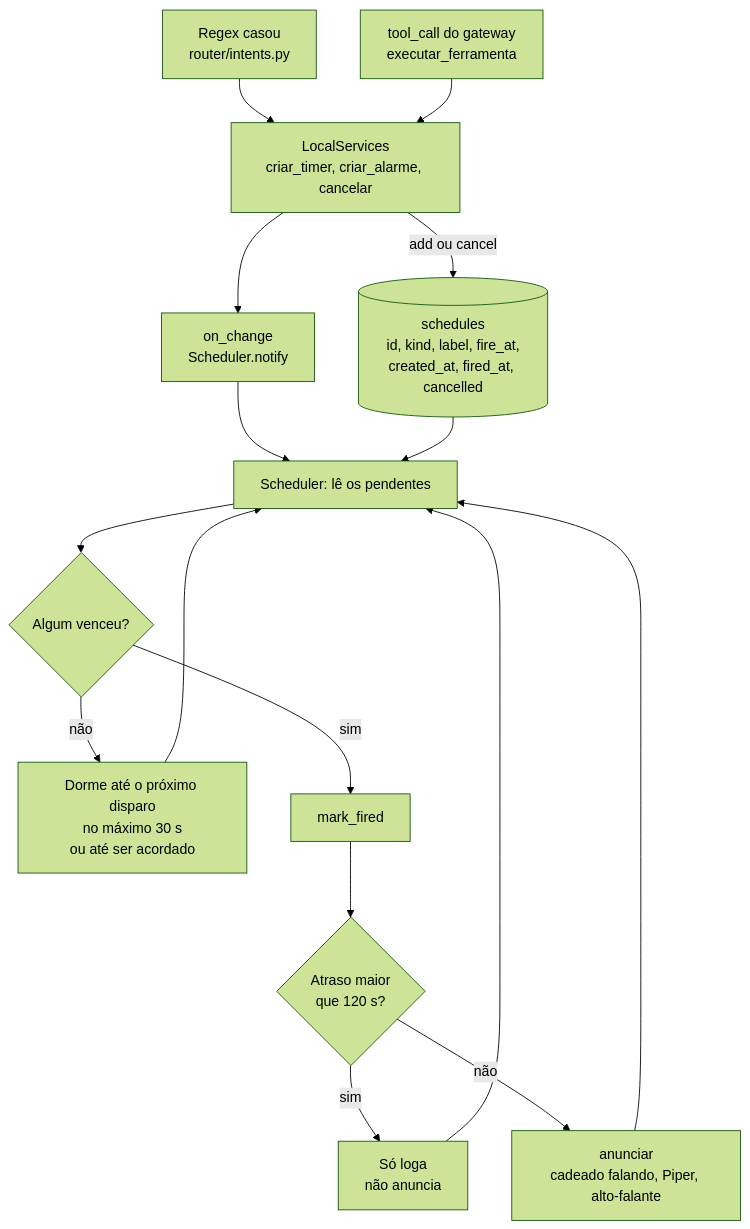
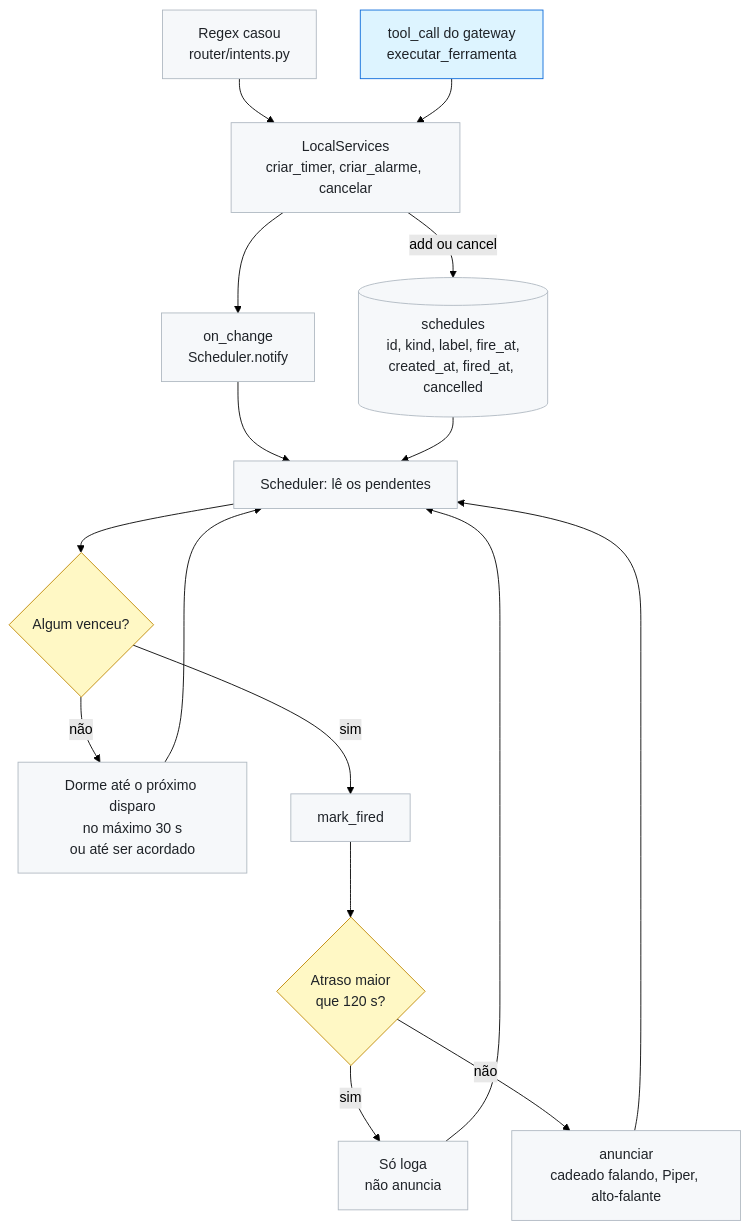
One commit to Ideraldo/Self-hosted-voice-assistant changed the fifth of 6 diagrams in docs/arquitetura.md. Above: the diagram before and after it, drawn with Mermaid (forest theme). The commit also changed other lines of this file and 35 other files, not shown here.

````diff
--- a/docs/arquitetura.md
+++ b/docs/arquitetura.md
@@ -507,25 +445,31 @@
 ```mermaid
 flowchart TD
     REGEX["Regex casou<br/>router/intents.py"]
     TOOL["tool_call do gateway<br/>executar_ferramenta"]
     SVC["LocalServices<br/>criar_timer, criar_alarme, cancelar"]
     DB[("schedules<br/>id, kind, label, fire_at,<br/>created_at, fired_at, cancelled")]
     NOTIFY["on_change<br/>Scheduler.notify"]
     TICK["Scheduler: lê os pendentes"]
     DUE{"Algum venceu?"}
     DORME["Dorme até o próximo disparo<br/>no máximo 30 s<br/>ou até ser acordado"]
     MARCA["mark_fired"]
     ATRASO{"Atraso maior<br/>que 120 s?"}
     CALA["Só loga<br/>não anuncia"]
     FALA["anunciar<br/>cadeado falando, Piper, alto-falante"]
 
     REGEX --> SVC
     TOOL --> SVC
     SVC -->|"add ou cancel"| DB
     SVC --> NOTIFY --> TICK
     DB --> TICK --> DUE
     DUE -->|"não"| DORME --> TICK
     DUE -->|"sim"| MARCA --> ATRASO
     ATRASO -->|"sim"| CALA --> TICK
     ATRASO -->|"não"| FALA --> TICK
+
+    classDef default fill:#f6f8fa,stroke:#afb8c1,color:#1f2328
+    classDef decisao fill:#fff8c5,stroke:#bf8700,color:#1f2328
+    classDef rede fill:#ddf4ff,stroke:#0969da,color:#1f2328
+    class DUE,ATRASO decisao
+    class TOOL rede
 ```
````
